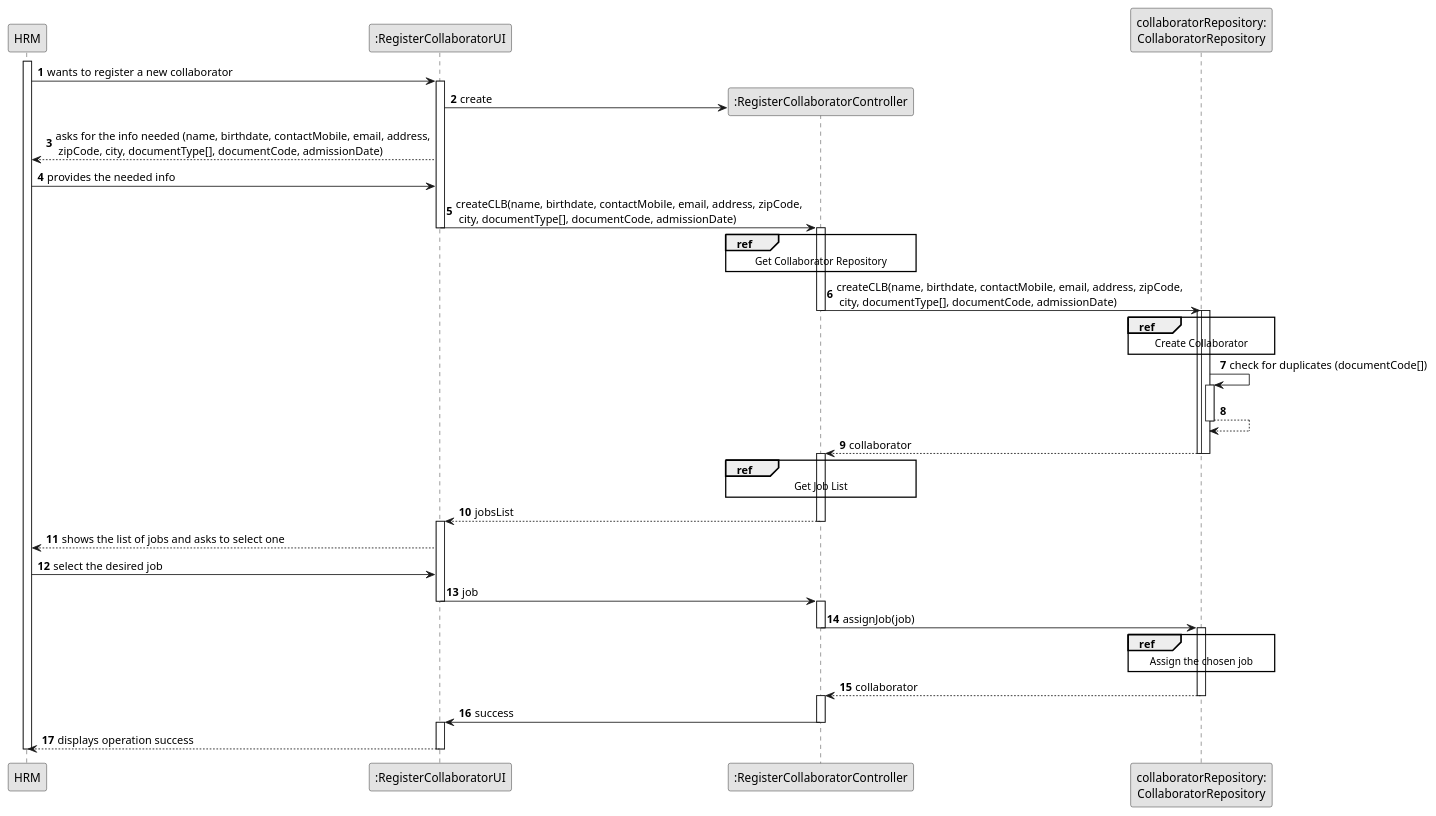
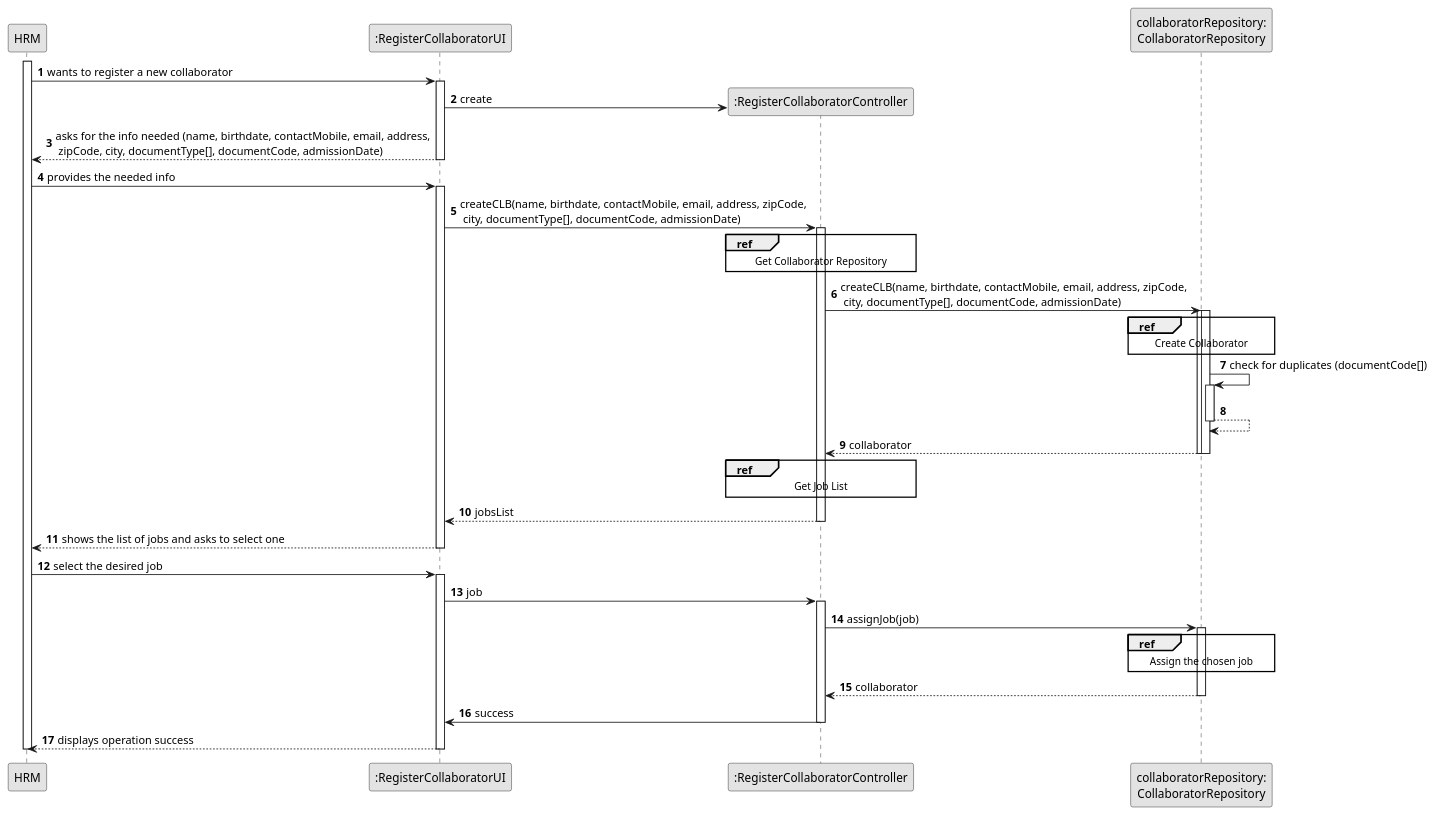
The diagram in docs/sprintB/us003/03.design/puml/us003-sequence-diagram-split.puml (ricardomm7/leaflink), drawn with PlantUML before and after one commit. The commit also changed 10 other files, not shown here.

```diff
--- a/docs/sprintB/us003/03.design/puml/us003-sequence-diagram-split.puml
+++ b/docs/sprintB/us003/03.design/puml/us003-sequence-diagram-split.puml
@@ -1,77 +1,90 @@
 @startuml
 skinparam monochrome true
 skinparam packageStyle rectangle
 skinparam shadowing false
 
 autonumber
 
 participant "HRM" as HRM
 participant ":RegisterCollaboratorUI" as UI
 participant ":RegisterCollaboratorController" as CTRL
 
 participant "collaboratorRepository:\nCollaboratorRepository" as CLBREP
 
 
 activate HRM
+
 HRM -> UI : wants to register a new collaborator
 activate UI
+
 UI -> CTRL** : create
+
 UI --> HRM : asks for the info needed (name, birthdate, contactMobile, email, address,\n zipCode, city, documentType[], documentCode, admissionDate)
+deactivate UI
+
 HRM -> UI : provides the needed info
+activate UI
+
 'UI --> HRM : shows a verification dialog
 'HRM -> UI : confirms collaborator creation
+
 UI -> CTRL : createCLB(name, birthdate, contactMobile, email, address, zipCode,\n city, documentType[], documentCode, admissionDate)
-deactivate UI
 activate CTRL
+
         ref over CTRL
             Get Collaborator Repository
         end ref
 
 CTRL -> CLBREP : createCLB(name, birthdate, contactMobile, email, address, zipCode,\n city, documentType[], documentCode, admissionDate)
-deactivate CTRL
+
 activate CLBREP
         ref over CLBREP
             Create Collaborator
         end ref
 
 activate CLBREP
 
 CLBREP -> CLBREP : check for duplicates (documentCode[])
 activate CLBREP
+
 CLBREP --> CLBREP
 deactivate CLBREP
+
 CLBREP --> CTRL : collaborator
 deactivate CLBREP
+
 deactivate CLBREP
 
-activate CTRL
 ref over CTRL
                          Get Job List
                      end ref
+
 CTRL -->UI : jobsList
 deactivate CTRL
+
+UI --> HRM : shows the list of jobs and asks to select one
+deactivate UI
+
+HRM -> UI : select the desired job
 activate UI
-UI --> HRM : shows the list of jobs and asks to select one
-HRM -> UI : select the desired job
+
 UI -> CTRL : job
-deactivate UI
 activate CTRL
 
-
 CTRL ->CLBREP : assignJob(job)
-deactivate CTRL
 activate CLBREP
 
         ref over CLBREP
             Assign the chosen job
         end ref
+
 CLBREP --> CTRL : collaborator
 deactivate CLBREP
-activate CTRL
+
 CTRL -> UI : success
 deactivate CTRL
-activate UI
+
 UI --> HRM : displays operation success
 deactivate UI
 deactivate HRM
 @enduml
```
